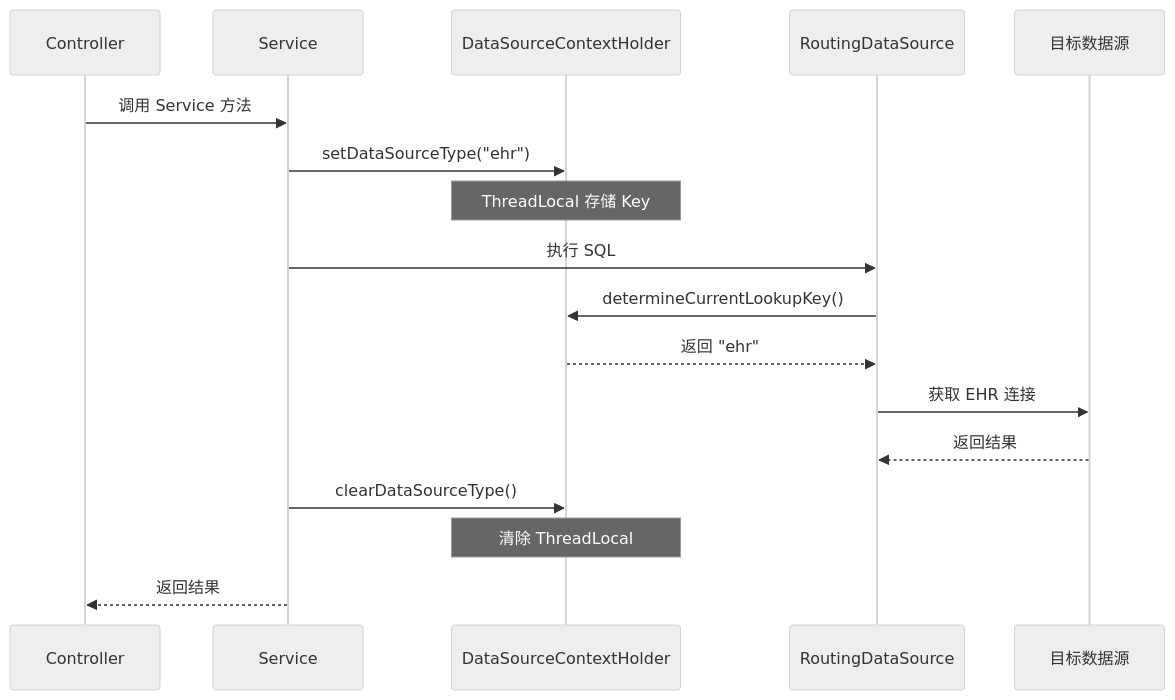
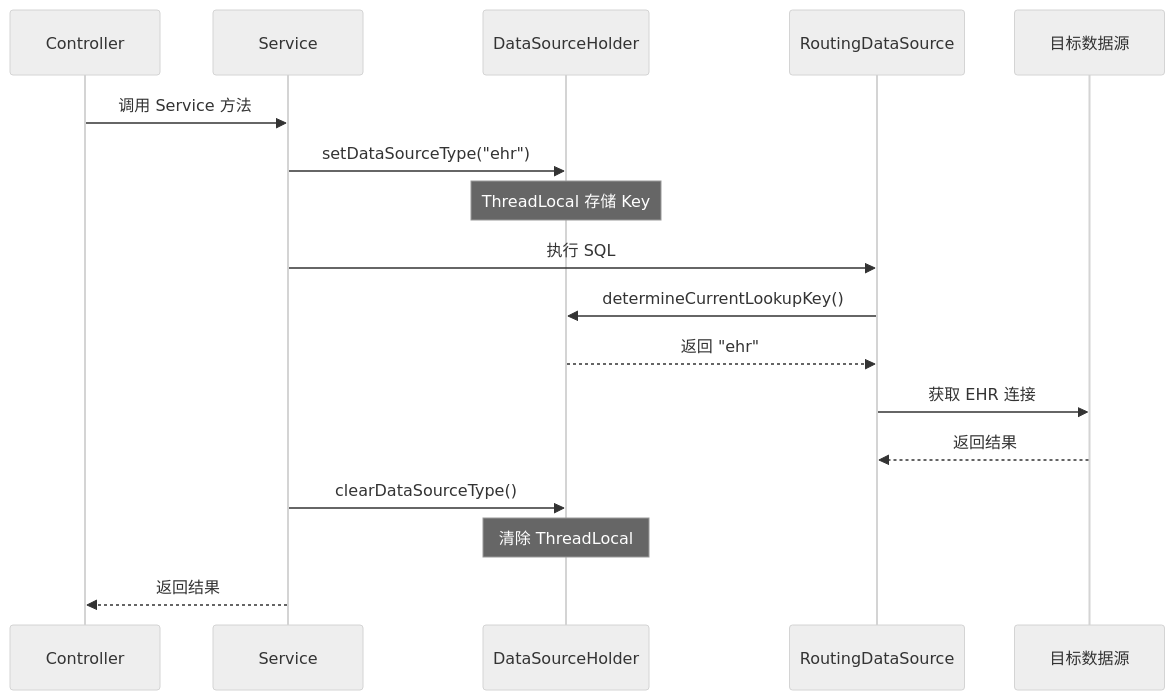
Before and after one commit to wrck/PMS: the second of 2 diagrams in PMS-springmvc/docs/01-architecture/multi-datasource.md, drawn with Mermaid (neutral theme). The commit also changed other lines of this file and 44 other files, not shown here.

````diff
--- a/PMS-springmvc/docs/01-architecture/multi-datasource.md
+++ b/PMS-springmvc/docs/01-architecture/multi-datasource.md
@@ -299,20 +309,20 @@
 ```mermaid
 sequenceDiagram
     participant C as Controller
     participant S as Service
-    participant DSH as DataSourceContextHolder
+    participant DSH as DataSourceHolder
     participant RD as RoutingDataSource
     participant DS as 目标数据源
     
     C->>S: 调用 Service 方法
     S->>DSH: setDataSourceType("ehr")
     Note over DSH: ThreadLocal 存储 Key
     S->>RD: 执行 SQL
     RD->>DSH: determineCurrentLookupKey()
     DSH-->>RD: 返回 "ehr"
     RD->>DS: 获取 EHR 连接
     DS-->>RD: 返回结果
     S->>DSH: clearDataSourceType()
     Note over DSH: 清除 ThreadLocal
     S-->>C: 返回结果
 ```
````
